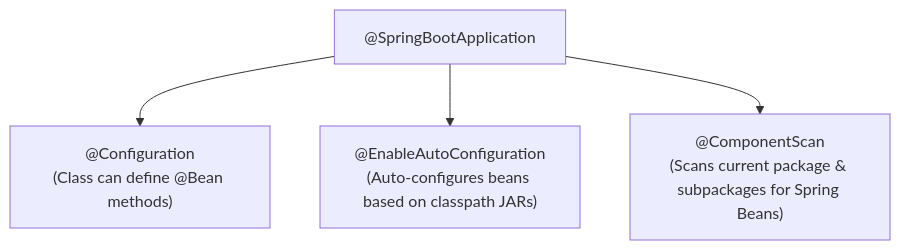
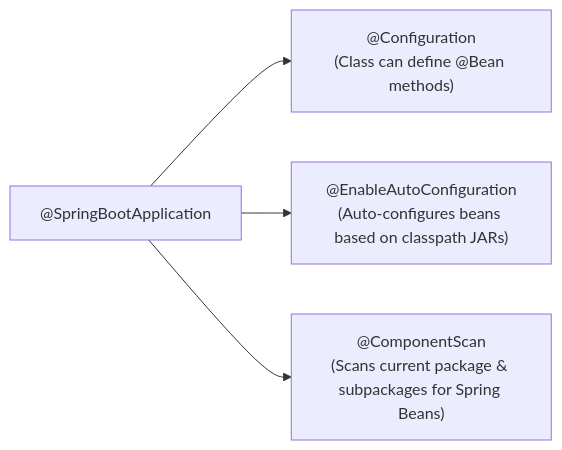
The fifth of 26 diagrams in 06-Java-and-Spring-Boot/Spring Boot Interview Guide.md (rohithgowda18/Notes), drawn with Mermaid before and after one commit. The commit also changed other lines of this file and 15 other files, not shown here.

Commit message:
docs: audit Mermaid diagrams, optimize side-by-side layouts, and deduplicate DBMS advanced notes

````diff
--- a/06-Java-and-Spring-Boot/Spring Boot Interview Guide.md
+++ b/06-Java-and-Spring-Boot/Spring Boot Interview Guide.md
@@ -263,7 +265,7 @@
 ```mermaid
-flowchart TD
+flowchart LR
     SBA["@SpringBootApplication"]
-    SBA --> C["@Configuration\n(Class can define @Bean methods)"]
-    SBA --> EAC["@EnableAutoConfiguration\n(Auto-configures beans based on classpath JARs)"]
-    SBA --> CS["@ComponentScan\n(Scans current package & subpackages for Spring Beans)"]
+    SBA --> C["@Configuration<br/>(Class can define @Bean methods)"]
+    SBA --> EAC["@EnableAutoConfiguration<br/>(Auto-configures beans based on classpath JARs)"]
+    SBA --> CS["@ComponentScan<br/>(Scans current package & subpackages for Spring Beans)"]
 ```
````
